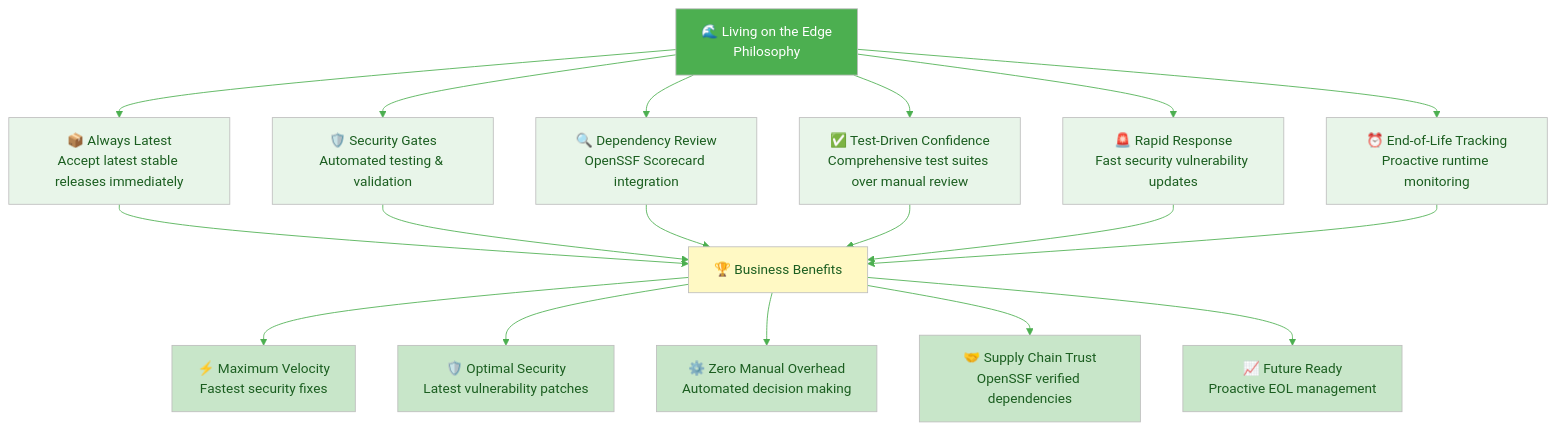
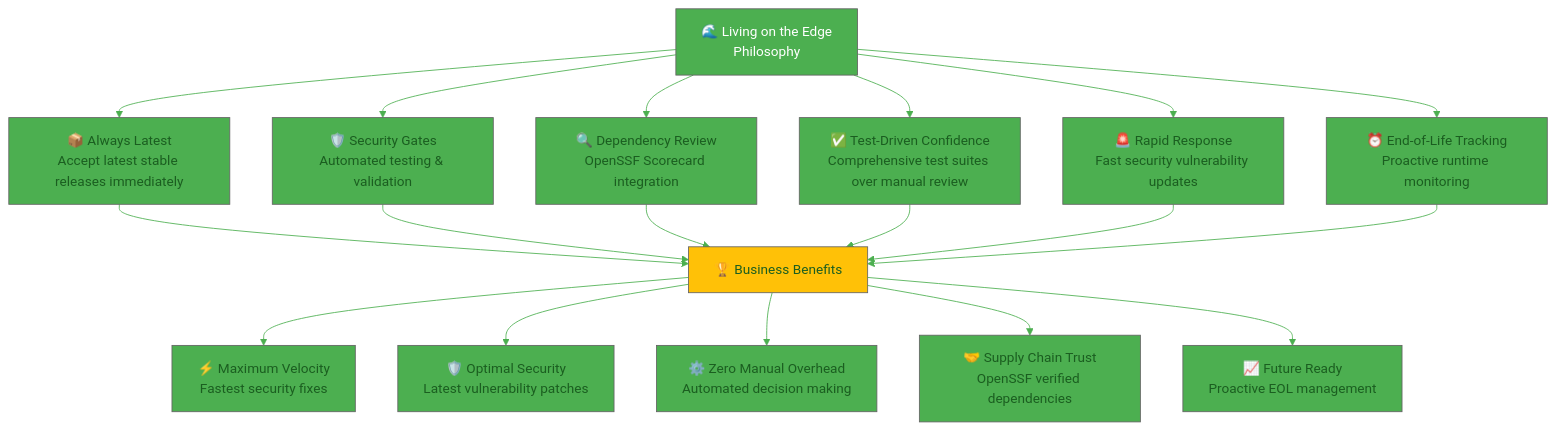
The first of 5 diagrams in Vulnerability_Management.md (Hack23/ISMS-PUBLIC), drawn with Mermaid before and after one commit. The commit also changed other lines of this file, not shown here.

````diff
--- a/Vulnerability_Management.md
+++ b/Vulnerability_Management.md
@@ -60,50 +60,50 @@
 ```mermaid
 %%{
   init: {
     'theme': 'base',
     'themeVariables': {
-      'primaryColor': '#c8e6c9',
-      'primaryTextColor': '#1b5e20',
-      'lineColor': '#4caf50',
-      'secondaryColor': '#e3f2fd',
-      'tertiaryColor': '#fff8e1'
+      'primaryColor': '#4CAF50',
+      'primaryTextColor': '#1B5E20',
+      'lineColor': '#4CAF50',
+      'secondaryColor': '#1565C0',
+      'tertiaryColor': '#FFC107'
     }
   }
 }%%
 flowchart TD
     STRATEGY[🌊 Living on the Edge<br/>Philosophy]
     
     STRATEGY --> LATEST[📦 Always Latest<br/>Accept latest stable releases immediately]
     STRATEGY --> GATES[🛡️ Security Gates<br/>Automated testing & validation]
     STRATEGY --> REVIEW[🔍 Dependency Review<br/>OpenSSF Scorecard integration]
     STRATEGY --> TRUST[✅ Test-Driven Confidence<br/>Comprehensive test suites over manual review]
     STRATEGY --> RAPID[🚨 Rapid Response<br/>Fast security vulnerability updates]
     STRATEGY --> EOL[⏰ End-of-Life Tracking<br/>Proactive runtime monitoring]
     
     LATEST --> BENEFITS[🏆 Business Benefits]
     GATES --> BENEFITS
     REVIEW --> BENEFITS
     TRUST --> BENEFITS
     RAPID --> BENEFITS
     EOL --> BENEFITS
     
     BENEFITS --> B1[⚡ Maximum Velocity<br/>Fastest security fixes]
     BENEFITS --> B2[🛡️ Optimal Security<br/>Latest vulnerability patches]
     BENEFITS --> B3[⚙️ Zero Manual Overhead<br/>Automated decision making]
     BENEFITS --> B4[🤝 Supply Chain Trust<br/>OpenSSF verified dependencies]
     BENEFITS --> B5[📈 Future Ready<br/>Proactive EOL management]
     
-    style STRATEGY fill:#4caf50,color:#fff
-    style LATEST fill:#e8f5e9
-    style GATES fill:#e8f5e9
-    style REVIEW fill:#e8f5e9
-    style TRUST fill:#e8f5e9
-    style RAPID fill:#e8f5e9
-    style EOL fill:#e8f5e9
-    style BENEFITS fill:#fff9c4
-    style B1 fill:#c8e6c9
-    style B2 fill:#c8e6c9
-    style B3 fill:#c8e6c9
-    style B4 fill:#c8e6c9
-    style B5 fill:#c8e6c9
+    style STRATEGY fill:#4CAF50,color:#fff
+    style LATEST fill:#4CAF50
+    style GATES fill:#4CAF50
+    style REVIEW fill:#4CAF50
+    style TRUST fill:#4CAF50
+    style RAPID fill:#4CAF50
+    style EOL fill:#4CAF50
+    style BENEFITS fill:#FFC107
+    style B1 fill:#4CAF50
+    style B2 fill:#4CAF50
+    style B3 fill:#4CAF50
+    style B4 fill:#4CAF50
+    style B5 fill:#4CAF50
 ```
````
